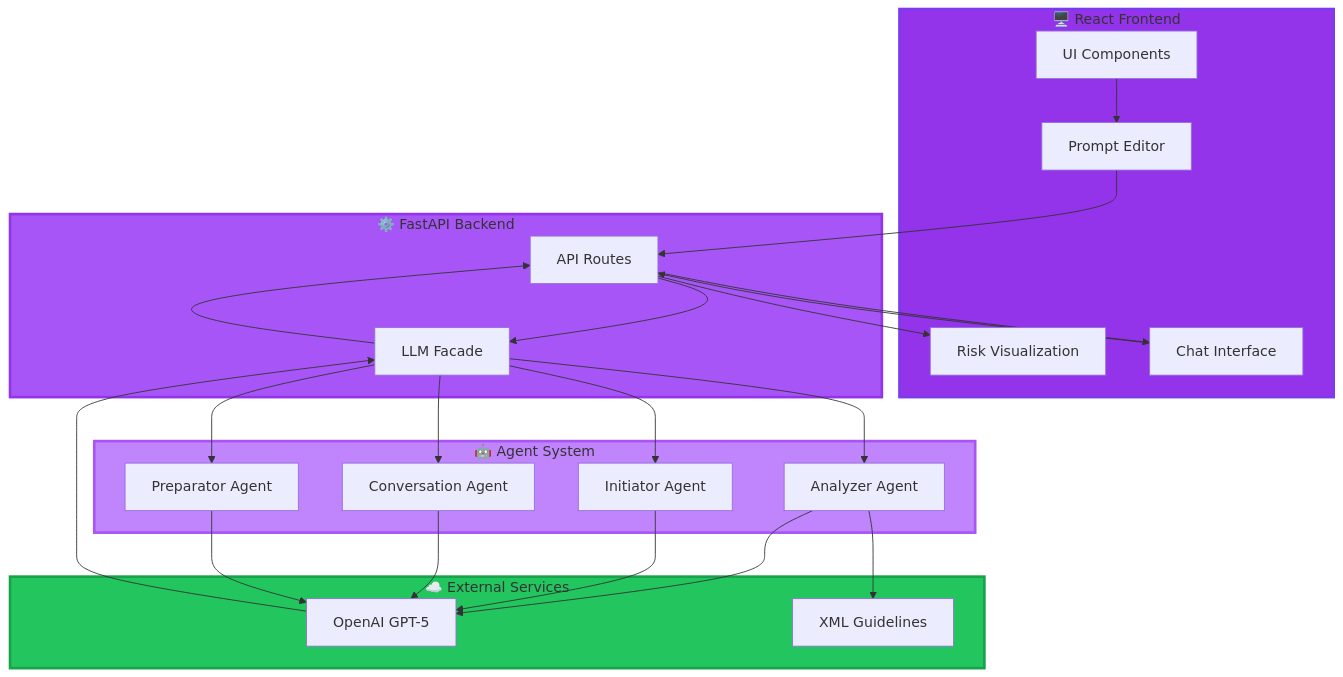
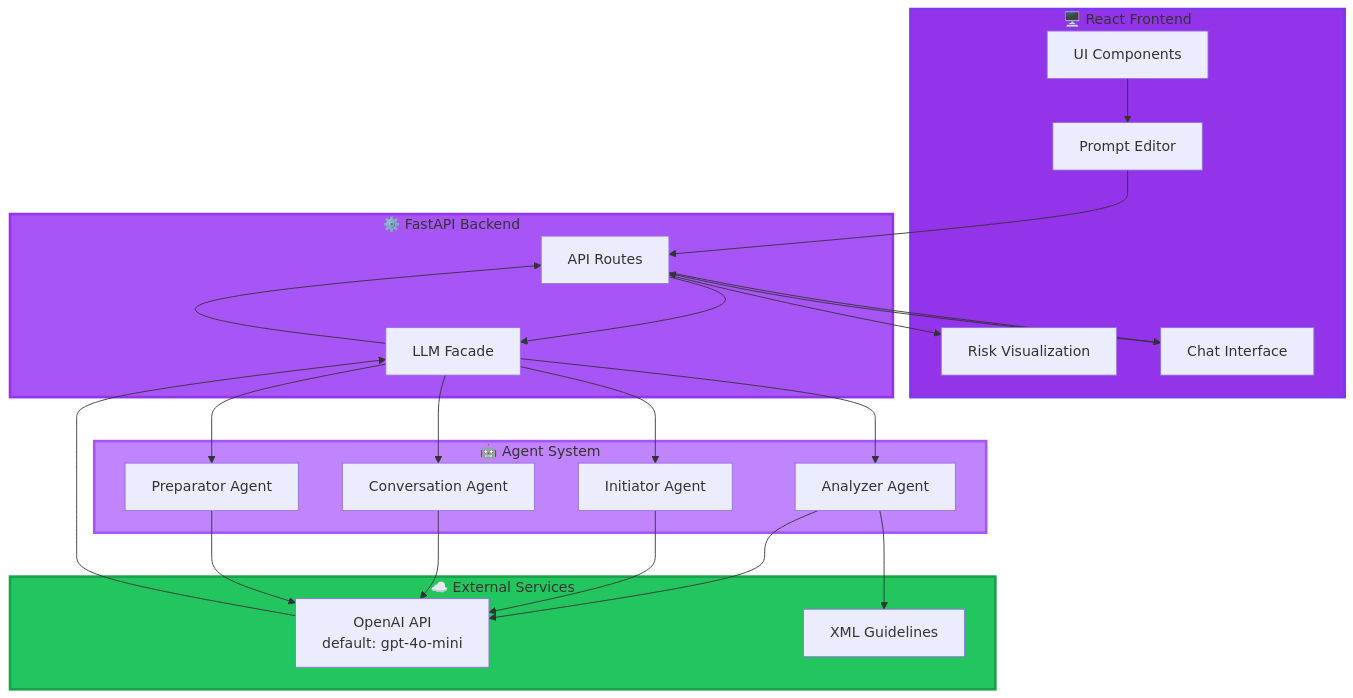
The second of 2 diagrams in README.md (MoNejjar/echo-hallucination-detect), drawn with Mermaid before and after one commit. The commit also changed other lines of this file and 3 other files, not shown here.

````diff
--- a/README.md
+++ b/README.md
@@ -450,49 +452,49 @@
 ```mermaid
 flowchart TB
     subgraph Client["🖥️ React Frontend"]
         UI[UI Components]
         Editor[Prompt Editor]
         Viz[Risk Visualization]
         Chat[Chat Interface]
     end
     
     subgraph Server["⚙️ FastAPI Backend"]
         Routes[API Routes]
         Facade[LLM Facade]
     end
     
     subgraph Agents["🤖 Agent System"]
         Analyzer[Analyzer Agent]
         Initiator[Initiator Agent]
         Conversation[Conversation Agent]
         Preparator[Preparator Agent]
     end
     
     subgraph External["☁️ External Services"]
-        OpenAI[OpenAI GPT-5]
+        OpenAI[OpenAI API<br>default: gpt-4o-mini]
         Guidelines[XML Guidelines]
     end
     
     UI --> Editor
     Editor --> Routes
     Chat --> Routes
     Routes --> Facade
     Facade --> Analyzer
     Facade --> Initiator
     Facade --> Conversation
     Facade --> Preparator
     Analyzer --> OpenAI
     Analyzer --> Guidelines
     Initiator --> OpenAI
     Conversation --> OpenAI
     Preparator --> OpenAI
     OpenAI --> Facade
     Facade --> Routes
     Routes --> Viz
     Routes --> Chat
     
     style Client fill:#9333ea,stroke:#7c3aed,stroke-width:3px
     style Server fill:#a855f7,stroke:#9333ea,stroke-width:3px
     style Agents fill:#c084fc,stroke:#a855f7,stroke-width:3px
     style External fill:#22c55e,stroke:#16a34a,stroke-width:3px
 ```
````
